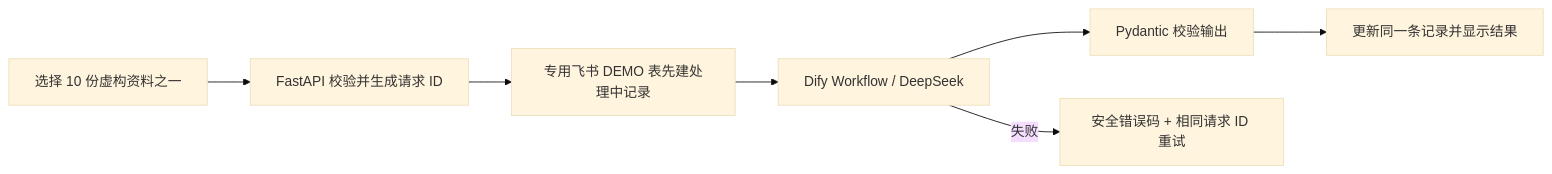
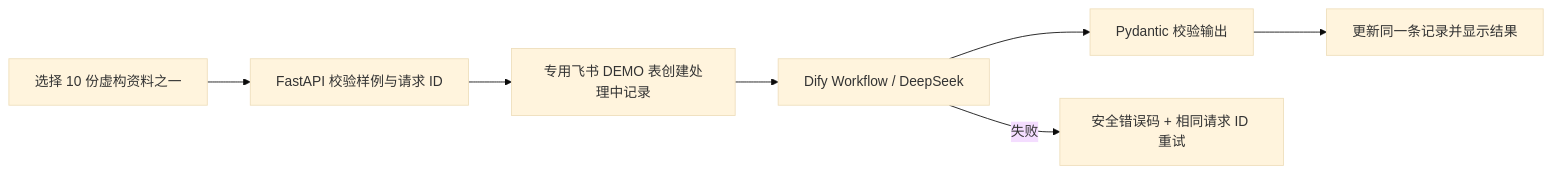
One commit to Heart727/business-validation-lab changed the diagram in docs/case-study.md. Above: the diagram before and after it, drawn with Mermaid (base theme). The commit also changed other lines of this file and 9 other files, not shown here.

````diff
--- a/docs/case-study.md
+++ b/docs/case-study.md
@@ -15,9 +15,9 @@
 ```mermaid
 flowchart LR
-  A[选择 10 份虚构资料之一] --> B[FastAPI 校验并生成请求 ID]
-  B --> C[专用飞书 DEMO 表先建处理中记录]
+  A[选择 10 份虚构资料之一] --> B[FastAPI 校验样例与请求 ID]
+  B --> C[专用飞书 DEMO 表创建处理中记录]
   C --> D[Dify Workflow / DeepSeek]
   D --> E[Pydantic 校验输出]
   E --> F[更新同一条记录并显示结果]
   D -->|失败| G[安全错误码 + 相同请求 ID 重试]
 ```
````
